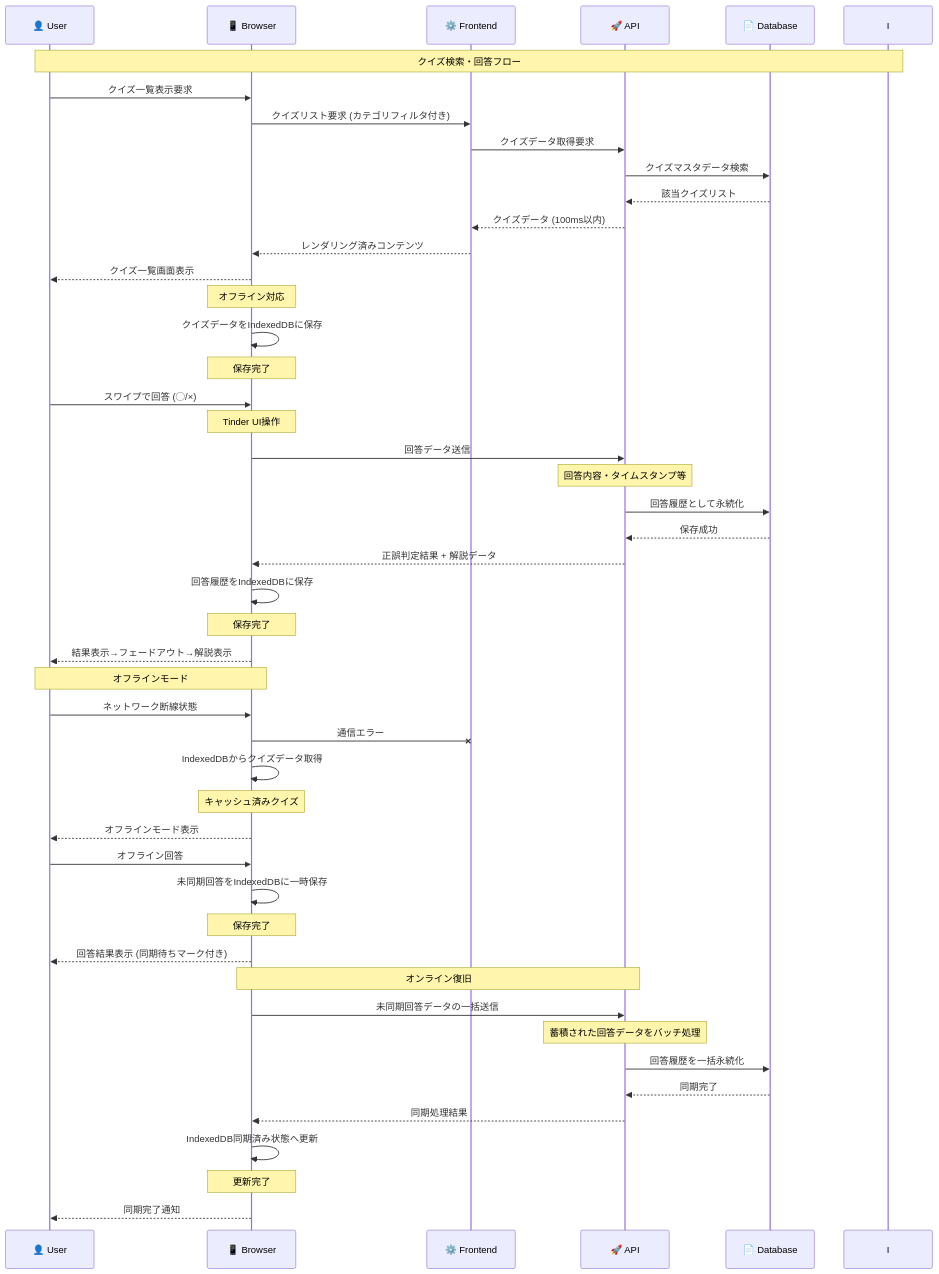
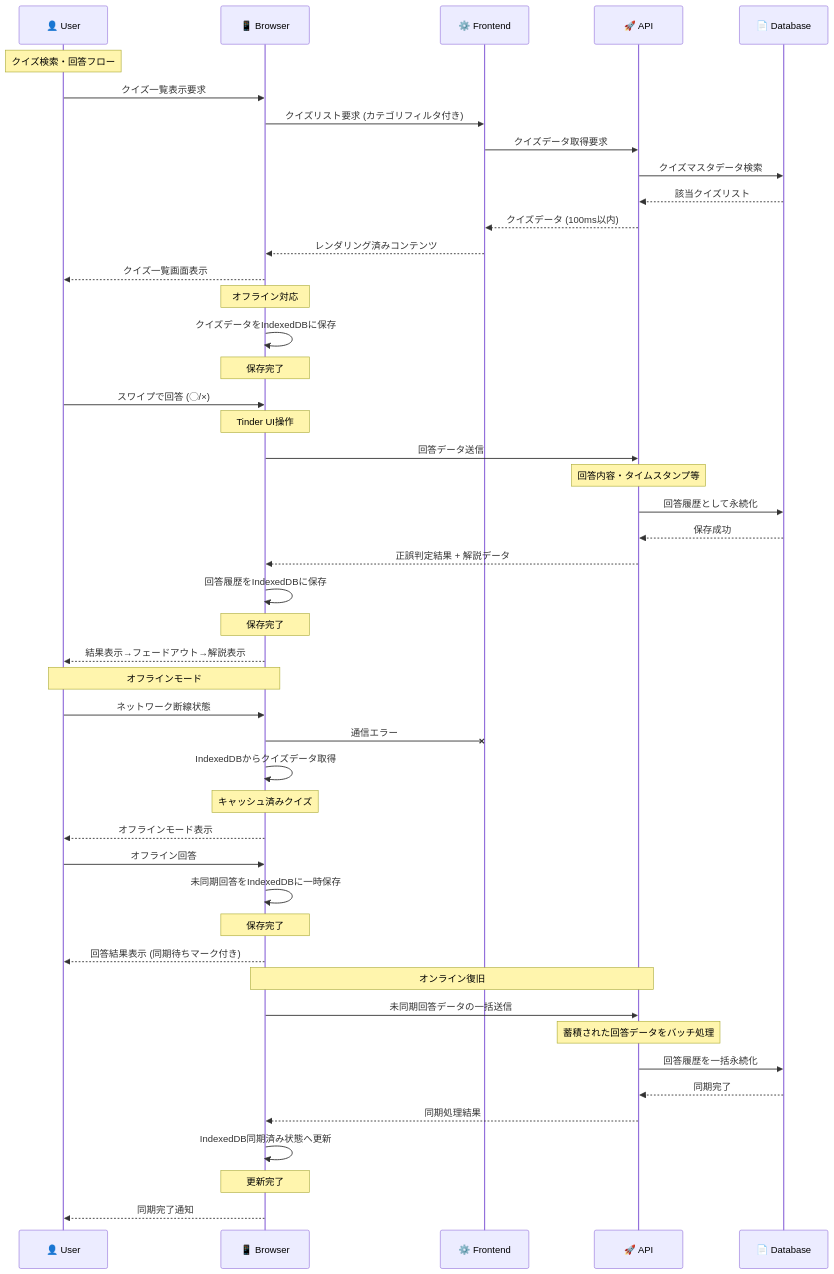
One commit to tanacchi/your-quiz changed the diagram in docs/project/architecture/diagrams/quiz-flow.md. Above: the diagram before and after it, drawn with Mermaid.

Commit message:
Fix quiz flow

````diff
--- a/docs/project/architecture/diagrams/quiz-flow.md
+++ b/docs/project/architecture/diagrams/quiz-flow.md
@@ -9,62 +9,62 @@
 ```mermaid
 sequenceDiagram
     participant U as 👤 User
     participant B as 📱 Browser
     participant F as ⚙️ Frontend
     participant A as 🚀 API
     participant D as 📄 Database
 
-    Note over U,I: クイズ検索・回答フロー
+    Note over U: クイズ検索・回答フロー
 
     %% 1. クイズ一覧取得
     U->>B: クイズ一覧表示要求
     B->>F: クイズリスト要求 (カテゴリフィルタ付き)
     F->>A: クイズデータ取得要求
     A->>D: クイズマスタデータ検索
     D-->>A: 該当クイズリスト
     A-->>F: クイズデータ (100ms以内)
     F-->>B: レンダリング済みコンテンツ
     B-->>U: クイズ一覧画面表示
 
     %% 2. オフライン対応 (事前ダウンロード)
     Note over B: オフライン対応
     B->>B: クイズデータをIndexedDBに保存
     Note over B: 保存完了
 
     %% 3. クイズ回答
     U->>B: スワイプで回答 (◯/×)
     Note over B: Tinder UI操作
     B->>A: 回答データ送信
     Note over A: 回答内容・タイムスタンプ等
     A->>D: 回答履歴として永続化
     D-->>A: 保存成功
     A-->>B: 正誤判定結果 + 解説データ
     B->>B: 回答履歴をIndexedDBに保存
     Note over B: 保存完了
     B-->>U: 結果表示→フェードアウト→解説表示
 
     %% 4. オフライン時の動作
     Note over U,B: オフラインモード
     U->>B: ネットワーク断線状態
     B-xF: 通信エラー
     B->>B: IndexedDBからクイズデータ取得
     Note over B: キャッシュ済みクイズ
     B-->>U: オフラインモード表示
 
     %% 5. 回答 (オフライン)
     U->>B: オフライン回答
     B->>B: 未同期回答をIndexedDBに一時保存
     Note over B: 保存完了
     B-->>U: 回答結果表示 (同期待ちマーク付き)
 
     %% 6. オンライン復旧時同期
     Note over B,A: オンライン復旧
     B->>A: 未同期回答データの一括送信
     Note over A: 蓄積された回答データをバッチ処理
     A->>D: 回答履歴を一括永続化
     D-->>A: 同期完了
     A-->>B: 同期処理結果
     B->>B: IndexedDB同期済み状態へ更新
     Note over B: 更新完了
     B-->>U: 同期完了通知
 ```
````
